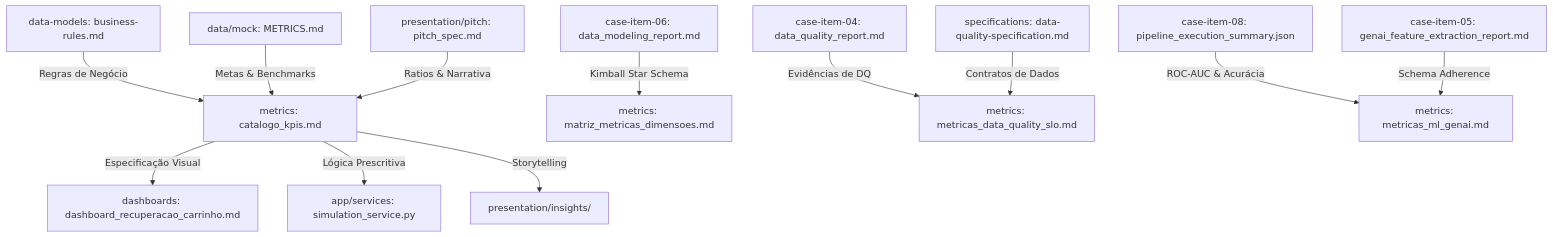
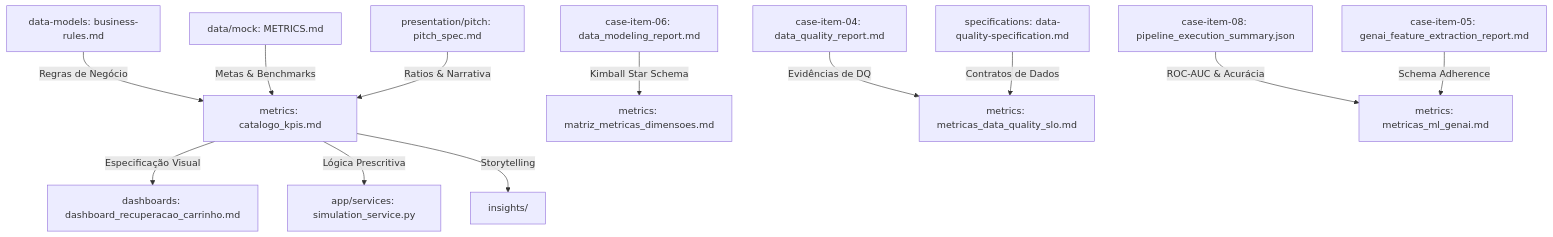
The diagram in metrics/README.md (henriquesati/PEDRO_SALES_DDF_TECH_082026), drawn with Mermaid before and after one commit. The commit also changed 185 other files, not shown here.

````diff
--- a/metrics/README.md
+++ b/metrics/README.md
@@ -55,18 +55,18 @@
 ```mermaid
 graph TD
     BR["data-models: business-rules.md"] -->|Regras de Negócio| CK["metrics: catalogo_kpis.md"]
     MR["data/mock: METRICS.md"] -->|Metas & Benchmarks| CK
     PS["presentation/pitch: pitch_spec.md"] -->|Ratios & Narrativa| CK
     
     DMR["case-item-06: data_modeling_report.md"] -->|Kimball Star Schema| MMD["metrics: matriz_metricas_dimensoes.md"]
     
     DQR["case-item-04: data_quality_report.md"] -->|Evidências de DQ| MDQ["metrics: metricas_data_quality_slo.md"]
     DQS["specifications: data-quality-specification.md"] -->|Contratos de Dados| MDQ
     
     MLR["case-item-08: pipeline_execution_summary.json"] -->|ROC-AUC & Acurácia| MML["metrics: metricas_ml_genai.md"]
     GAR["case-item-05: genai_feature_extraction_report.md"] -->|Schema Adherence| MML
     
     CK -->|Especificação Visual| DB["dashboards: dashboard_recuperacao_carrinho.md"]
     CK -->|Lógica Prescritiva| APP["app/services: simulation_service.py"]
-    CK -->|Storytelling| PITCH["presentation/insights/"]
+    CK -->|Storytelling| PITCH["insights/"]
 ```
````
